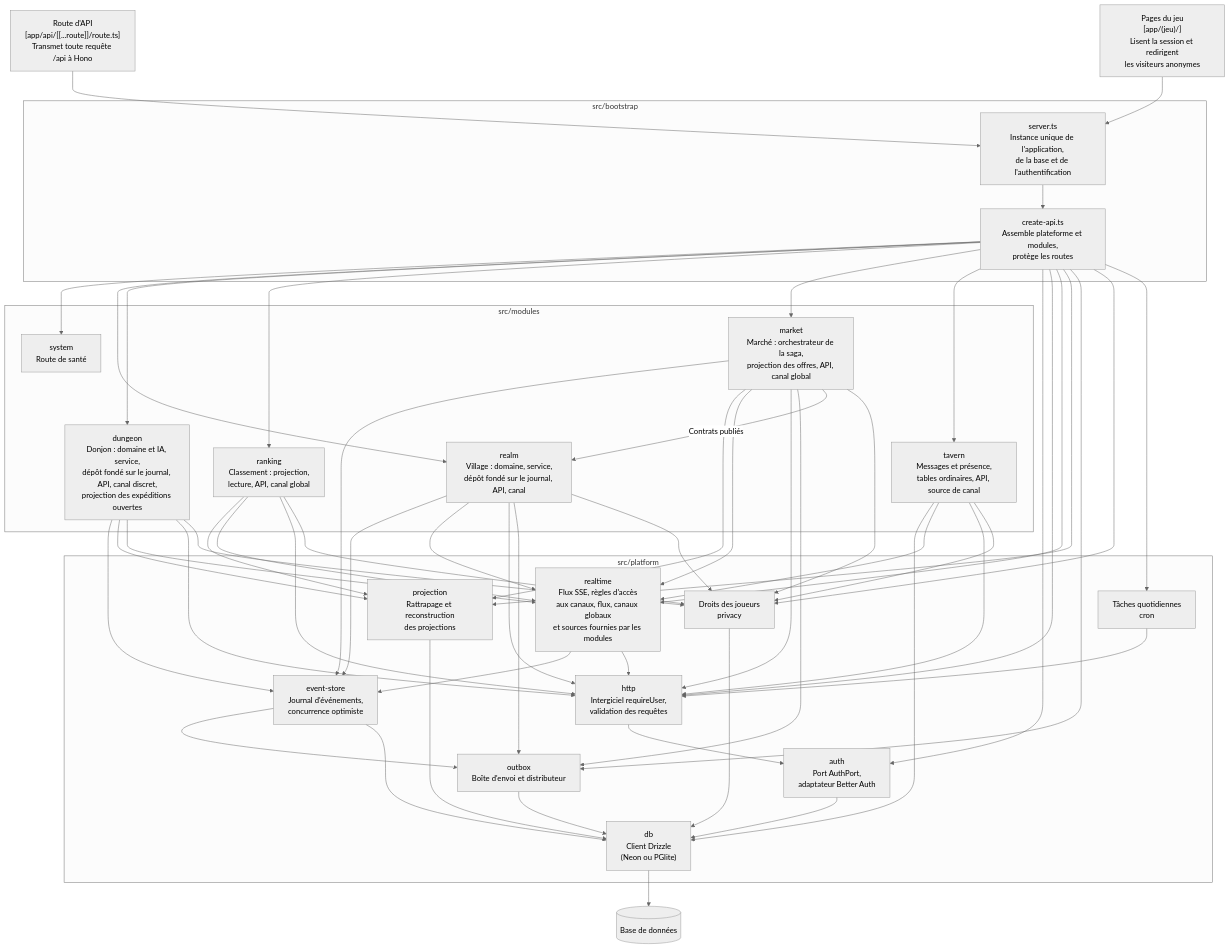
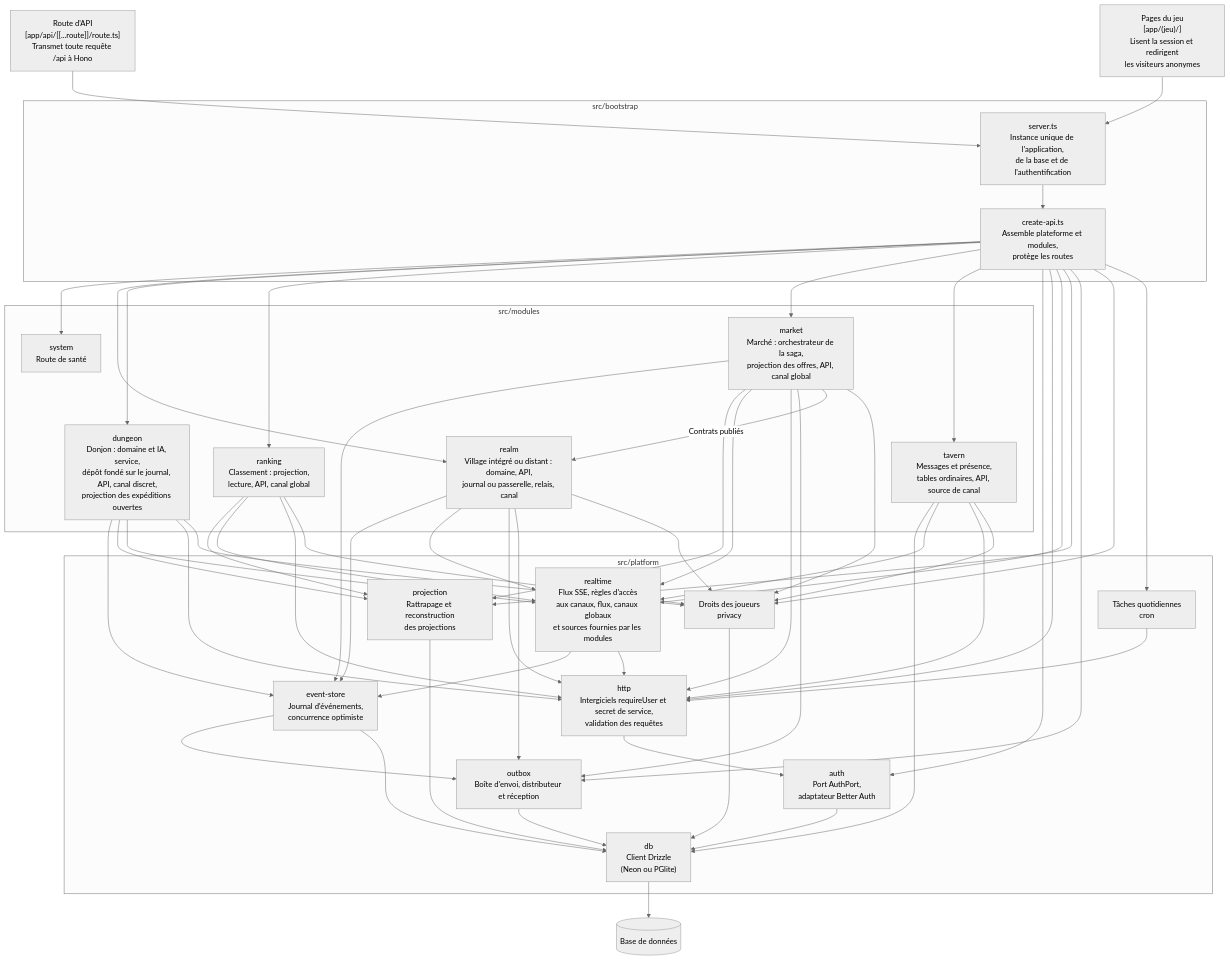
Before and after one commit to leon-morival/kingdom: the third of 6 diagrams in docs/architecture.md, drawn with Mermaid (neutral theme). The commit also changed other lines of this file and 12 other files, not shown here.

Commit message:
docs(quality): publish measured results and reconcile architecture and open risks

````diff
--- a/docs/architecture.md
+++ b/docs/architecture.md
@@ -63,50 +63,50 @@
 ```mermaid
 flowchart TB
   route["Route d'API<br/>[app/api/[[...route]]/route.ts]<br/>Transmet toute requête /api à Hono"]
   pages["Pages du jeu<br/>[app/(jeu)/]<br/>Lisent la session et redirigent<br/>les visiteurs anonymes"]
   subgraph bootstrap["src/bootstrap"]
     server["server.ts<br/>Instance unique de l'application,<br/>de la base et de l'authentification"]
     createapi["create-api.ts<br/>Assemble plateforme et modules,<br/>protège les routes"]
   end
   subgraph modules["src/modules"]
     system["system<br/>Route de santé"]
-    realm["realm<br/>Village : domaine, service,<br/>dépôt fondé sur le journal, API, canal"]
+    realm["realm<br/>Village intégré ou distant : domaine, API,<br/>journal ou passerelle, relais, canal"]
     dungeon["dungeon<br/>Donjon : domaine et IA, service,<br/>dépôt fondé sur le journal, API, canal discret,<br/>projection des expéditions ouvertes"]
     ranking["ranking<br/>Classement : projection,<br/>lecture, API, canal global"]
     market["market<br/>Marché : orchestrateur de la saga,<br/>projection des offres, API, canal global"]
     tavern["tavern<br/>Messages et présence,<br/>tables ordinaires, API, source de canal"]
   end
   subgraph platform["src/platform"]
     auth["auth<br/>Port AuthPort,<br/>adaptateur Better Auth"]
-    http["http<br/>Intergiciel requireUser,<br/>validation des requêtes"]
+    http["http<br/>Intergiciels requireUser et secret de service,<br/>validation des requêtes"]
     realtime["realtime<br/>Flux SSE, règles d'accès<br/>aux canaux, flux, canaux globaux<br/>et sources fournies par les modules"]
     store["event-store<br/>Journal d'événements,<br/>concurrence optimiste"]
     projection["projection<br/>Rattrapage et reconstruction<br/>des projections"]
-    outbox["outbox<br/>Boîte d'envoi et distributeur"]
+    outbox["outbox<br/>Boîte d'envoi, distributeur et réception"]
     privacy["Droits des joueurs<br/>privacy"]
     cronapi["Tâches quotidiennes<br/>cron"]
     db["db<br/>Client Drizzle<br/>(Neon ou PGlite)"]
   end
   base[("Base de données")]
   route --> server
   pages --> server
   server --> createapi
   createapi --> system & realm & dungeon & ranking & market & tavern & auth & http & realtime & projection & outbox & privacy & cronapi
   realm --> store & realtime & http & outbox
   market --> store & projection & realtime & http & outbox
   market -->|"Contrats publiés"| realm
   dungeon --> store & projection & realtime & http
   ranking --> projection & realtime & http
   tavern --> db & realtime & http & privacy
   realm & dungeon & market & ranking --> privacy
   privacy --> db
   cronapi --> http
   realtime --> store & http
   projection --> db
   store --> outbox
   outbox --> db
   http --> auth
   auth --> db
   store --> db
   db --> base
 ```
````
